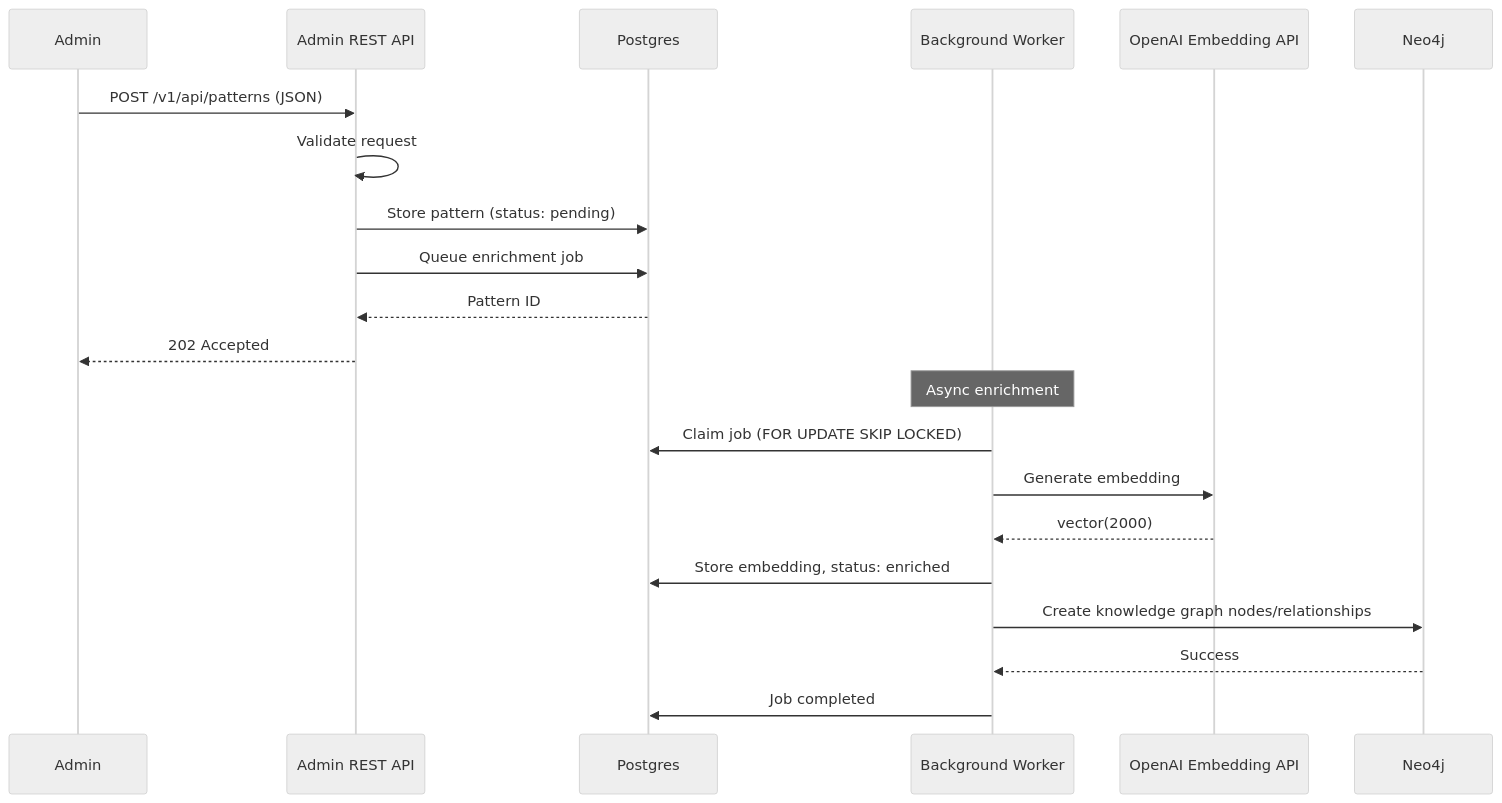
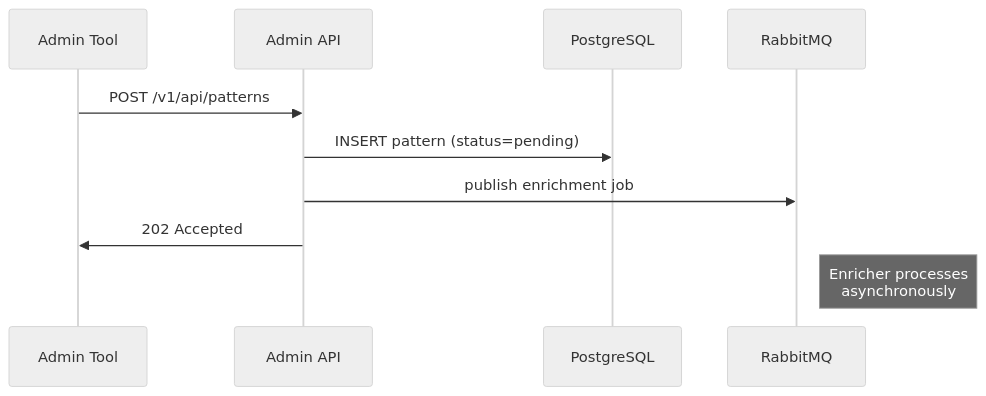
The third of 6 diagrams in docs/architecture/system/03-communication-patterns.md (twistingmercury/mnemonic-docs), drawn with Mermaid (neutral theme) before and after one commit. The commit also changed other lines of this file, not shown here.

Commit message:
docs: add RabbitMQ communication channel and fix enrichment flow diagrams

````diff
--- a/docs/architecture/system/03-communication-patterns.md
+++ b/docs/architecture/system/03-communication-patterns.md
@@ -126,25 +131,13 @@
 ```mermaid
 sequenceDiagram
-    participant Admin
-    participant REST as Admin REST API
-    participant PG as Postgres
-    participant WORKER as Background Worker
-    participant OPENAI as OpenAI Embedding API
-    participant NEO as Neo4j
+    participant C as Admin Tool
+    participant API as Admin API
+    participant PG as PostgreSQL
+    participant RMQ as RabbitMQ
 
-    Admin->>REST: POST /v1/api/patterns (JSON)
-    REST->>REST: Validate request
-    REST->>PG: Store pattern (status: pending)
-    REST->>PG: Queue enrichment job
-    PG-->>REST: Pattern ID
-    REST-->>Admin: 202 Accepted
-
-    Note over WORKER: Async enrichment
-    WORKER->>PG: Claim job (FOR UPDATE SKIP LOCKED)
-    WORKER->>OPENAI: Generate embedding
-    OPENAI-->>WORKER: vector(2000)
-    WORKER->>PG: Store embedding, status: enriched
-    WORKER->>NEO: Create knowledge graph nodes/relationships
-    NEO-->>WORKER: Success
-    WORKER->>PG: Job completed
+    C->>API: POST /v1/api/patterns
+    API->>PG: INSERT pattern (status=pending)
+    API->>RMQ: publish enrichment job
+    API->>C: 202 Accepted
+    Note right of RMQ: Enricher processes<br/>asynchronously
 ```
````
